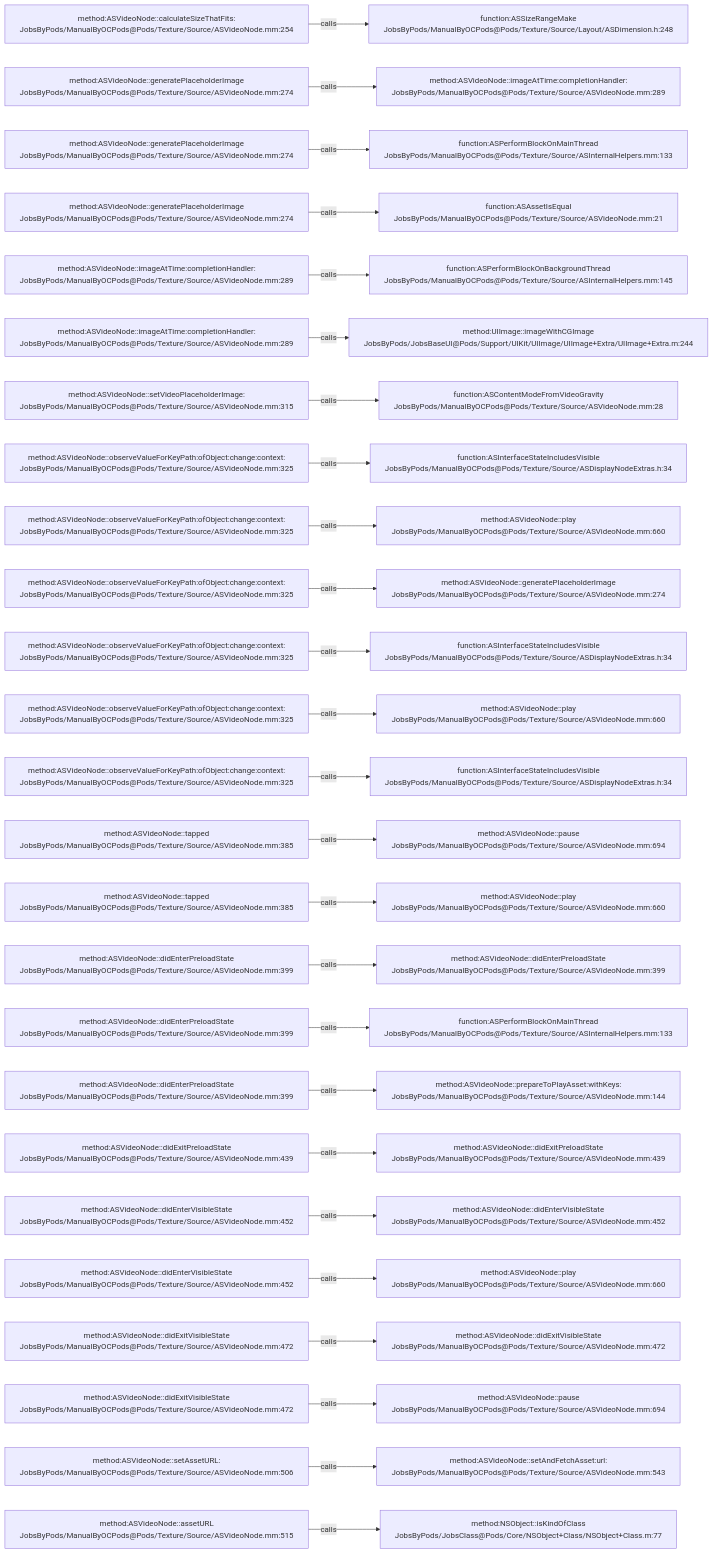
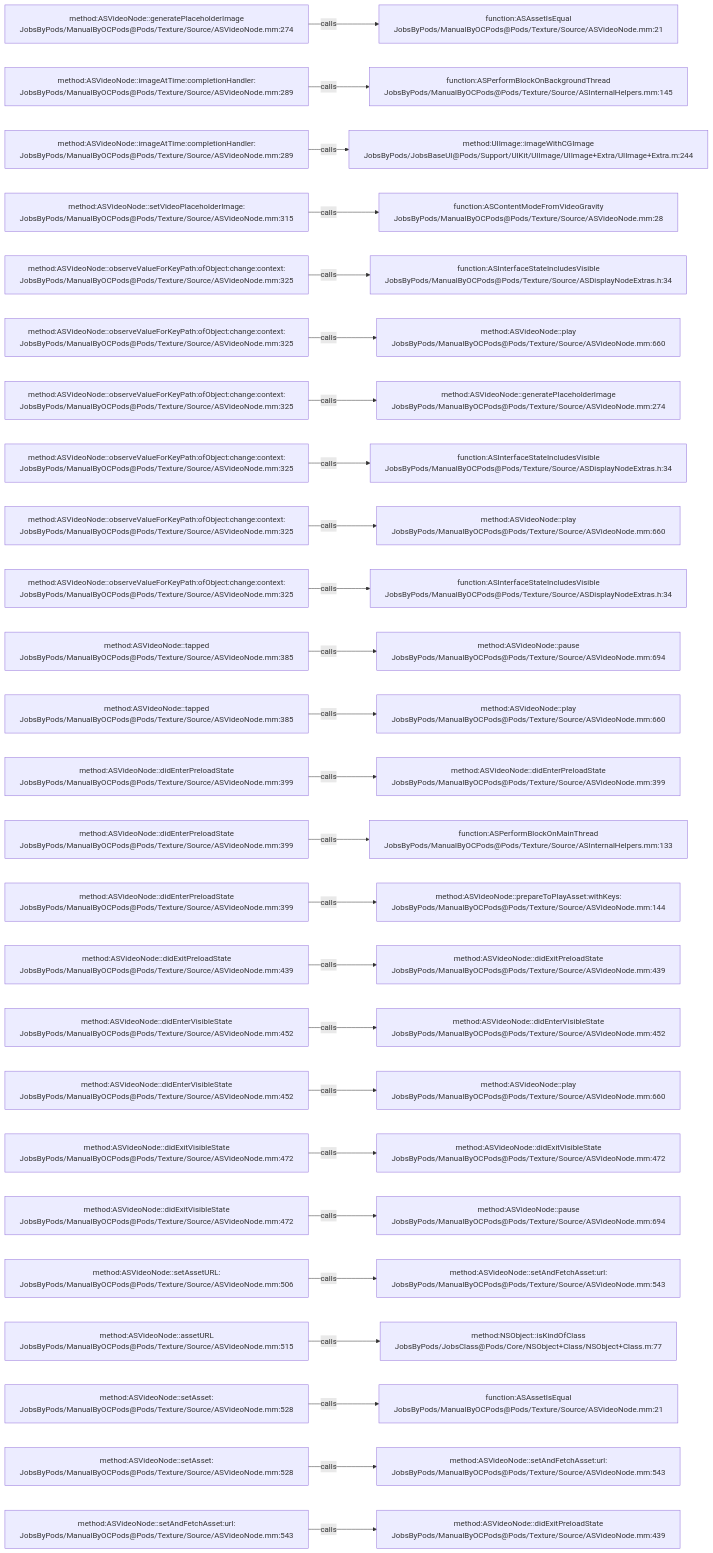
One commit to JobsKits/JobsOCBaseConfigDemo changed the diagram in .codegraph/codegraph.md/graphs/calls-145.md. Above: the diagram before and after it, drawn with Mermaid. The commit also changed 342 other files, not shown here.

````diff
--- a/.codegraph/codegraph.md/graphs/calls-145.md
+++ b/.codegraph/codegraph.md/graphs/calls-145.md
@@ -13,78 +13,78 @@
 ```mermaid
 flowchart LR
-  S1["method:ASVideoNode::calculateSizeThatFits:<br/>JobsByPods/ManualByOCPods@Pods/Texture/Source/ASVideoNode.mm:254"]
-  T1["function:ASSizeRangeMake<br/>JobsByPods/ManualByOCPods@Pods/Texture/Source/Layout/ASDimension.h:248"]
+  S1["method:ASVideoNode::generatePlaceholderImage<br/>JobsByPods/ManualByOCPods@Pods/Texture/Source/ASVideoNode.mm:274"]
+  T1["function:ASAssetIsEqual<br/>JobsByPods/ManualByOCPods@Pods/Texture/Source/ASVideoNode.mm:21"]
   S1 -->|calls| T1
-  S2["method:ASVideoNode::generatePlaceholderImage<br/>JobsByPods/ManualByOCPods@Pods/Texture/Source/ASVideoNode.mm:274"]
-  T2["method:ASVideoNode::imageAtTime:completionHandler:<br/>JobsByPods/ManualByOCPods@Pods/Texture/Source/ASVideoNode.mm:289"]
+  S2["method:ASVideoNode::imageAtTime:completionHandler:<br/>JobsByPods/ManualByOCPods@Pods/Texture/Source/ASVideoNode.mm:289"]
+  T2["function:ASPerformBlockOnBackgroundThread<br/>JobsByPods/ManualByOCPods@Pods/Texture/Source/ASInternalHelpers.mm:145"]
   S2 -->|calls| T2
-  S3["method:ASVideoNode::generatePlaceholderImage<br/>JobsByPods/ManualByOCPods@Pods/Texture/Source/ASVideoNode.mm:274"]
-  T3["function:ASPerformBlockOnMainThread<br/>JobsByPods/ManualByOCPods@Pods/Texture/Source/ASInternalHelpers.mm:133"]
+  S3["method:ASVideoNode::imageAtTime:completionHandler:<br/>JobsByPods/ManualByOCPods@Pods/Texture/Source/ASVideoNode.mm:289"]
+  T3["method:UIImage::imageWithCGImage<br/>JobsByPods/JobsBaseUI@Pods/Support/UIKit/UIImage/UIImage+Extra/UIImage+Extra.m:244"]
   S3 -->|calls| T3
-  S4["method:ASVideoNode::generatePlaceholderImage<br/>JobsByPods/ManualByOCPods@Pods/Texture/Source/ASVideoNode.mm:274"]
-  T4["function:ASAssetIsEqual<br/>JobsByPods/ManualByOCPods@Pods/Texture/Source/ASVideoNode.mm:21"]
+  S4["method:ASVideoNode::setVideoPlaceholderImage:<br/>JobsByPods/ManualByOCPods@Pods/Texture/Source/ASVideoNode.mm:315"]
+  T4["function:ASContentModeFromVideoGravity<br/>JobsByPods/ManualByOCPods@Pods/Texture/Source/ASVideoNode.mm:28"]
   S4 -->|calls| T4
-  S5["method:ASVideoNode::imageAtTime:completionHandler:<br/>JobsByPods/ManualByOCPods@Pods/Texture/Source/ASVideoNode.mm:289"]
-  T5["function:ASPerformBlockOnBackgroundThread<br/>JobsByPods/ManualByOCPods@Pods/Texture/Source/ASInternalHelpers.mm:145"]
+  S5["method:ASVideoNode::observeValueForKeyPath:ofObject:change:context:<br/>JobsByPods/ManualByOCPods@Pods/Texture/Source/ASVideoNode.mm:325"]
+  T5["function:ASInterfaceStateIncludesVisible<br/>JobsByPods/ManualByOCPods@Pods/Texture/Source/ASDisplayNodeExtras.h:34"]
   S5 -->|calls| T5
-  S6["method:ASVideoNode::imageAtTime:completionHandler:<br/>JobsByPods/ManualByOCPods@Pods/Texture/Source/ASVideoNode.mm:289"]
-  T6["method:UIImage::imageWithCGImage<br/>JobsByPods/JobsBaseUI@Pods/Support/UIKit/UIImage/UIImage+Extra/UIImage+Extra.m:244"]
+  S6["method:ASVideoNode::observeValueForKeyPath:ofObject:change:context:<br/>JobsByPods/ManualByOCPods@Pods/Texture/Source/ASVideoNode.mm:325"]
+  T6["method:ASVideoNode::play<br/>JobsByPods/ManualByOCPods@Pods/Texture/Source/ASVideoNode.mm:660"]
   S6 -->|calls| T6
-  S7["method:ASVideoNode::setVideoPlaceholderImage:<br/>JobsByPods/ManualByOCPods@Pods/Texture/Source/ASVideoNode.mm:315"]
-  T7["function:ASContentModeFromVideoGravity<br/>JobsByPods/ManualByOCPods@Pods/Texture/Source/ASVideoNode.mm:28"]
+  S7["method:ASVideoNode::observeValueForKeyPath:ofObject:change:context:<br/>JobsByPods/ManualByOCPods@Pods/Texture/Source/ASVideoNode.mm:325"]
+  T7["method:ASVideoNode::generatePlaceholderImage<br/>JobsByPods/ManualByOCPods@Pods/Texture/Source/ASVideoNode.mm:274"]
   S7 -->|calls| T7
   S8["method:ASVideoNode::observeValueForKeyPath:ofObject:change:context:<br/>JobsByPods/ManualByOCPods@Pods/Texture/Source/ASVideoNode.mm:325"]
   T8["function:ASInterfaceStateIncludesVisible<br/>JobsByPods/ManualByOCPods@Pods/Texture/Source/ASDisplayNodeExtras.h:34"]
   S8 -->|calls| T8
   S9["method:ASVideoNode::observeValueForKeyPath:ofObject:change:context:<br/>JobsByPods/ManualByOCPods@Pods/Texture/Source/ASVideoNode.mm:325"]
   T9["method:ASVideoNode::play<br/>JobsByPods/ManualByOCPods@Pods/Texture/Source/ASVideoNode.mm:660"]
   S9 -->|calls| T9
   S10["method:ASVideoNode::observeValueForKeyPath:ofObject:change:context:<br/>JobsByPods/ManualByOCPods@Pods/Texture/Source/ASVideoNode.mm:325"]
-  T10["method:ASVideoNode::generatePlaceholderImage<br/>JobsByPods/ManualByOCPods@Pods/Texture/Source/ASVideoNode.mm:274"]
+  T10["function:ASInterfaceStateIncludesVisible<br/>JobsByPods/ManualByOCPods@Pods/Texture/Source/ASDisplayNodeExtras.h:34"]
   S10 -->|calls| T10
-  S11["method:ASVideoNode::observeValueForKeyPath:ofObject:change:context:<br/>JobsByPods/ManualByOCPods@Pods/Texture/Source/ASVideoNode.mm:325"]
-  T11["function:ASInterfaceStateIncludesVisible<br/>JobsByPods/ManualByOCPods@Pods/Texture/Source/ASDisplayNodeExtras.h:34"]
+  S11["method:ASVideoNode::tapped<br/>JobsByPods/ManualByOCPods@Pods/Texture/Source/ASVideoNode.mm:385"]
+  T11["method:ASVideoNode::pause<br/>JobsByPods/ManualByOCPods@Pods/Texture/Source/ASVideoNode.mm:694"]
   S11 -->|calls| T11
-  S12["method:ASVideoNode::observeValueForKeyPath:ofObject:change:context:<br/>JobsByPods/ManualByOCPods@Pods/Texture/Source/ASVideoNode.mm:325"]
+  S12["method:ASVideoNode::tapped<br/>JobsByPods/ManualByOCPods@Pods/Texture/Source/ASVideoNode.mm:385"]
   T12["method:ASVideoNode::play<br/>JobsByPods/ManualByOCPods@Pods/Texture/Source/ASVideoNode.mm:660"]
   S12 -->|calls| T12
-  S13["method:ASVideoNode::observeValueForKeyPath:ofObject:change:context:<br/>JobsByPods/ManualByOCPods@Pods/Texture/Source/ASVideoNode.mm:325"]
-  T13["function:ASInterfaceStateIncludesVisible<br/>JobsByPods/ManualByOCPods@Pods/Texture/Source/ASDisplayNodeExtras.h:34"]
+  S13["method:ASVideoNode::didEnterPreloadState<br/>JobsByPods/ManualByOCPods@Pods/Texture/Source/ASVideoNode.mm:399"]
+  T13["method:ASVideoNode::didEnterPreloadState<br/>JobsByPods/ManualByOCPods@Pods/Texture/Source/ASVideoNode.mm:399"]
   S13 -->|calls| T13
-  S14["method:ASVideoNode::tapped<br/>JobsByPods/ManualByOCPods@Pods/Texture/Source/ASVideoNode.mm:385"]
-  T14["method:ASVideoNode::pause<br/>JobsByPods/ManualByOCPods@Pods/Texture/Source/ASVideoNode.mm:694"]
+  S14["method:ASVideoNode::didEnterPreloadState<br/>JobsByPods/ManualByOCPods@Pods/Texture/Source/ASVideoNode.mm:399"]
+  T14["function:ASPerformBlockOnMainThread<br/>JobsByPods/ManualByOCPods@Pods/Texture/Source/ASInternalHelpers.mm:133"]
   S14 -->|calls| T14
-  S15["method:ASVideoNode::tapped<br/>JobsByPods/ManualByOCPods@Pods/Texture/Source/ASVideoNode.mm:385"]
-  T15["method:ASVideoNode::play<br/>JobsByPods/ManualByOCPods@Pods/Texture/Source/ASVideoNode.mm:660"]
+  S15["method:ASVideoNode::didEnterPreloadState<br/>JobsByPods/ManualByOCPods@Pods/Texture/Source/ASVideoNode.mm:399"]
+  T15["method:ASVideoNode::prepareToPlayAsset:withKeys:<br/>JobsByPods/ManualByOCPods@Pods/Texture/Source/ASVideoNode.mm:144"]
   S15 -->|calls| T15
-  S16["method:ASVideoNode::didEnterPreloadState<br/>JobsByPods/ManualByOCPods@Pods/Texture/Source/ASVideoNode.mm:399"]
-  T16["method:ASVideoNode::didEnterPreloadState<br/>JobsByPods/ManualByOCPods@Pods/Texture/Source/ASVideoNode.mm:399"]
+  S16["method:ASVideoNode::didExitPreloadState<br/>JobsByPods/ManualByOCPods@Pods/Texture/Source/ASVideoNode.mm:439"]
+  T16["method:ASVideoNode::didExitPreloadState<br/>JobsByPods/ManualByOCPods@Pods/Texture/Source/ASVideoNode.mm:439"]
   S16 -->|calls| T16
-  S17["method:ASVideoNode::didEnterPreloadState<br/>JobsByPods/ManualByOCPods@Pods/Texture/Source/ASVideoNode.mm:399"]
-  T17["function:ASPerformBlockOnMainThread<br/>JobsByPods/ManualByOCPods@Pods/Texture/Source/ASInternalHelpers.mm:133"]
+  S17["method:ASVideoNode::didEnterVisibleState<br/>JobsByPods/ManualByOCPods@Pods/Texture/Source/ASVideoNode.mm:452"]
+  T17["method:ASVideoNode::didEnterVisibleState<br/>JobsByPods/ManualByOCPods@Pods/Texture/Source/ASVideoNode.mm:452"]
   S17 -->|calls| T17
-  S18["method:ASVideoNode::didEnterPreloadState<br/>JobsByPods/ManualByOCPods@Pods/Texture/Source/ASVideoNode.mm:399"]
-  T18["method:ASVideoNode::prepareToPlayAsset:withKeys:<br/>JobsByPods/ManualByOCPods@Pods/Texture/Source/ASVideoNode.mm:144"]
+  S18["method:ASVideoNode::didEnterVisibleState<br/>JobsByPods/ManualByOCPods@Pods/Texture/Source/ASVideoNode.mm:452"]
+  T18["method:ASVideoNode::play<br/>JobsByPods/ManualByOCPods@Pods/Texture/Source/ASVideoNode.mm:660"]
   S18 -->|calls| T18
-  S19["method:ASVideoNode::didExitPreloadState<br/>JobsByPods/ManualByOCPods@Pods/Texture/Source/ASVideoNode.mm:439"]
-  T19["method:ASVideoNode::didExitPreloadState<br/>JobsByPods/ManualByOCPods@Pods/Texture/Source/ASVideoNode.mm:439"]
+  S19["method:ASVideoNode::didExitVisibleState<br/>JobsByPods/ManualByOCPods@Pods/Texture/Source/ASVideoNode.mm:472"]
+  T19["method:ASVideoNode::didExitVisibleState<br/>JobsByPods/ManualByOCPods@Pods/Texture/Source/ASVideoNode.mm:472"]
   S19 -->|calls| T19
-  S20["method:ASVideoNode::didEnterVisibleState<br/>JobsByPods/ManualByOCPods@Pods/Texture/Source/ASVideoNode.mm:452"]
-  T20["method:ASVideoNode::didEnterVisibleState<br/>JobsByPods/ManualByOCPods@Pods/Texture/Source/ASVideoNode.mm:452"]
+  S20["method:ASVideoNode::didExitVisibleState<br/>JobsByPods/ManualByOCPods@Pods/Texture/Source/ASVideoNode.mm:472"]
+  T20["method:ASVideoNode::pause<br/>JobsByPods/ManualByOCPods@Pods/Texture/Source/ASVideoNode.mm:694"]
   S20 -->|calls| T20
-  S21["method:ASVideoNode::didEnterVisibleState<br/>JobsByPods/ManualByOCPods@Pods/Texture/Source/ASVideoNode.mm:452"]
-  T21["method:ASVideoNode::play<br/>JobsByPods/ManualByOCPods@Pods/Texture/Source/ASVideoNode.mm:660"]
+  S21["method:ASVideoNode::setAssetURL:<br/>JobsByPods/ManualByOCPods@Pods/Texture/Source/ASVideoNode.mm:506"]
+  T21["method:ASVideoNode::setAndFetchAsset:url:<br/>JobsByPods/ManualByOCPods@Pods/Texture/Source/ASVideoNode.mm:543"]
   S21 -->|calls| T21
-  S22["method:ASVideoNode::didExitVisibleState<br/>JobsByPods/ManualByOCPods@Pods/Texture/Source/ASVideoNode.mm:472"]
-  T22["method:ASVideoNode::didExitVisibleState<br/>JobsByPods/ManualByOCPods@Pods/Texture/Source/ASVideoNode.mm:472"]
+  S22["method:ASVideoNode::assetURL<br/>JobsByPods/ManualByOCPods@Pods/Texture/Source/ASVideoNode.mm:515"]
+  T22["method:NSObject::isKindOfClass<br/>JobsByPods/JobsClass@Pods/Core/NSObject+Class/NSObject+Class.m:77"]
   S22 -->|calls| T22
-  S23["method:ASVideoNode::didExitVisibleState<br/>JobsByPods/ManualByOCPods@Pods/Texture/Source/ASVideoNode.mm:472"]
-  T23["method:ASVideoNode::pause<br/>JobsByPods/ManualByOCPods@Pods/Texture/Source/ASVideoNode.mm:694"]
+  S23["method:ASVideoNode::setAsset:<br/>JobsByPods/ManualByOCPods@Pods/Texture/Source/ASVideoNode.mm:528"]
+  T23["function:ASAssetIsEqual<br/>JobsByPods/ManualByOCPods@Pods/Texture/Source/ASVideoNode.mm:21"]
   S23 -->|calls| T23
-  S24["method:ASVideoNode::setAssetURL:<br/>JobsByPods/ManualByOCPods@Pods/Texture/Source/ASVideoNode.mm:506"]
+  S24["method:ASVideoNode::setAsset:<br/>JobsByPods/ManualByOCPods@Pods/Texture/Source/ASVideoNode.mm:528"]
   T24["method:ASVideoNode::setAndFetchAsset:url:<br/>JobsByPods/ManualByOCPods@Pods/Texture/Source/ASVideoNode.mm:543"]
   S24 -->|calls| T24
-  S25["method:ASVideoNode::assetURL<br/>JobsByPods/ManualByOCPods@Pods/Texture/Source/ASVideoNode.mm:515"]
-  T25["method:NSObject::isKindOfClass<br/>JobsByPods/JobsClass@Pods/Core/NSObject+Class/NSObject+Class.m:77"]
+  S25["method:ASVideoNode::setAndFetchAsset:url:<br/>JobsByPods/ManualByOCPods@Pods/Texture/Source/ASVideoNode.mm:543"]
+  T25["method:ASVideoNode::didExitPreloadState<br/>JobsByPods/ManualByOCPods@Pods/Texture/Source/ASVideoNode.mm:439"]
   S25 -->|calls| T25
 ```
````
